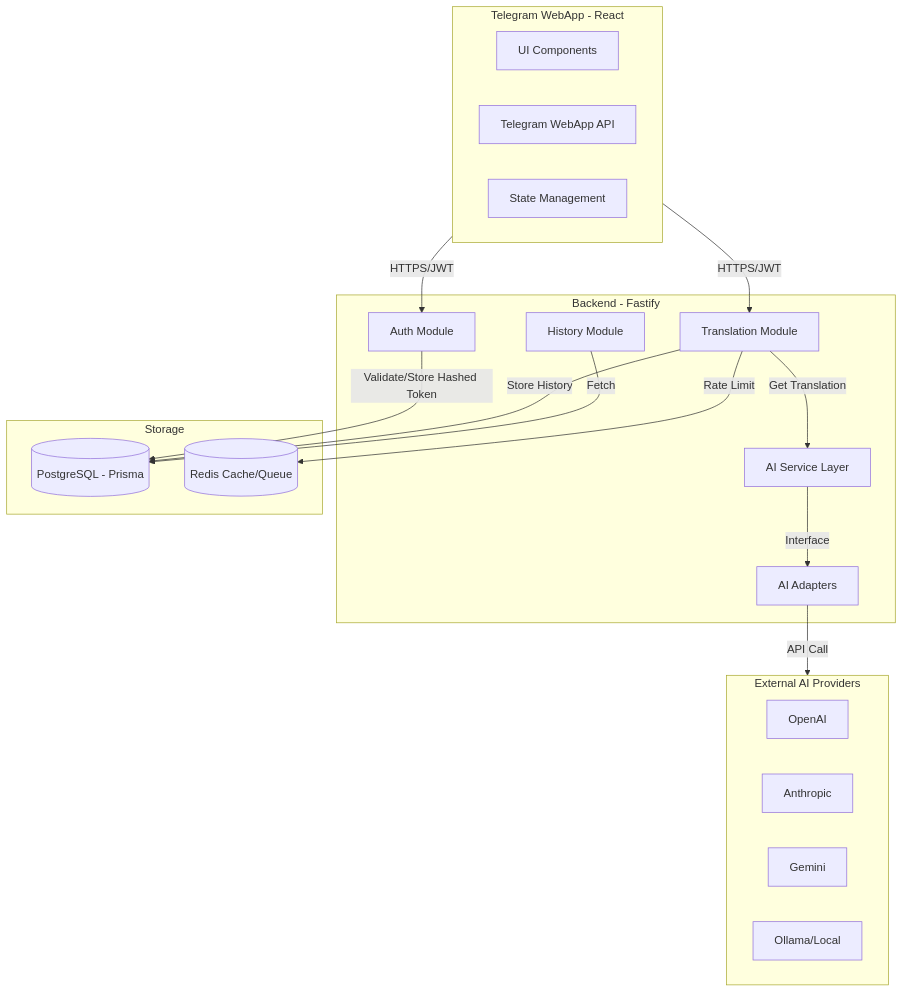
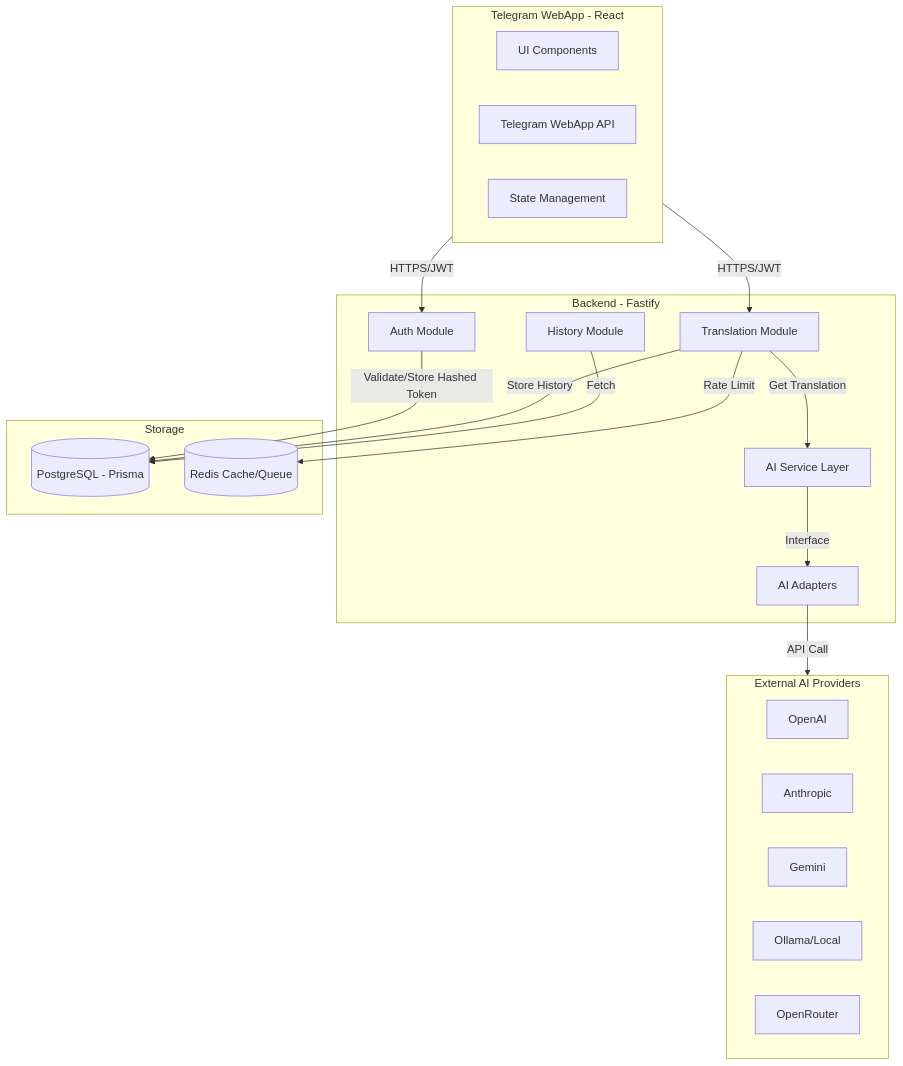
One commit to AlexToster/SlangUA changed the diagram in plans/architecture.md. Above: the diagram before and after it, drawn with Mermaid. The commit also changed 43 other files, not shown here.

````diff
--- a/plans/architecture.md
+++ b/plans/architecture.md
@@ -19,41 +19,42 @@
 ```mermaid
 graph TD
     subgraph Client [Telegram WebApp - React]
         UI[UI Components]
         TGA[Telegram WebApp API]
         Store[State Management]
     end
 
     subgraph Server [Backend - Fastify]
         Auth[Auth Module]
         Trans[Translation Module]
         History[History Module]
         AIService[AI Service Layer]
         Adapters[AI Adapters]
     end
 
     subgraph Storage
         Postgres[(PostgreSQL - Prisma)]
         RedisCache[(Redis Cache/Queue)]
     end
 
     subgraph AI_Providers [External AI Providers]
         OAI[OpenAI]
         ANT[Anthropic]
         GGL[Gemini]
         LCL[Ollama/Local]
+        ORT[OpenRouter]
     end
 
     Client -- HTTPS/JWT --> Auth
     Auth -- Validate/Store Hashed Token --> Postgres
 
     Client -- HTTPS/JWT --> Trans
     Trans -- Get Translation --> AIService
     AIService -- Interface --> Adapters
     Adapters -- API Call --> AI_Providers
 
     Trans -- Store History --> Postgres
     History -- Fetch --> Postgres
 
     Trans -- Rate Limit --> RedisCache
 ```
````
